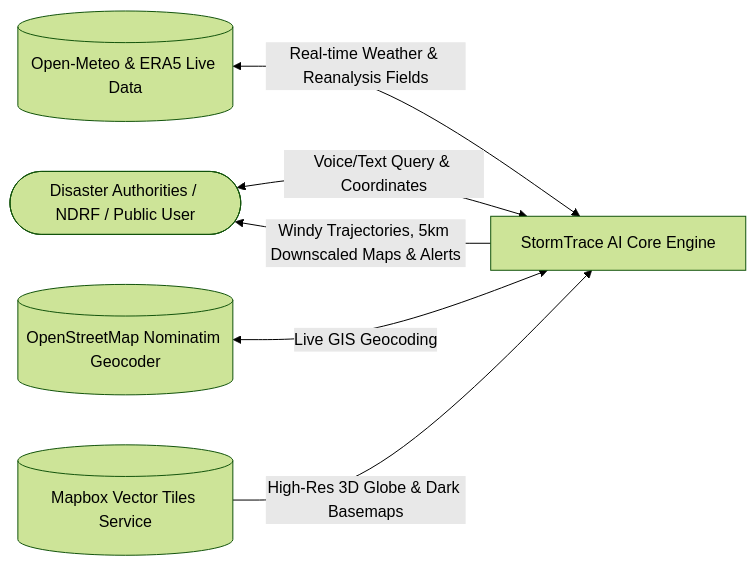
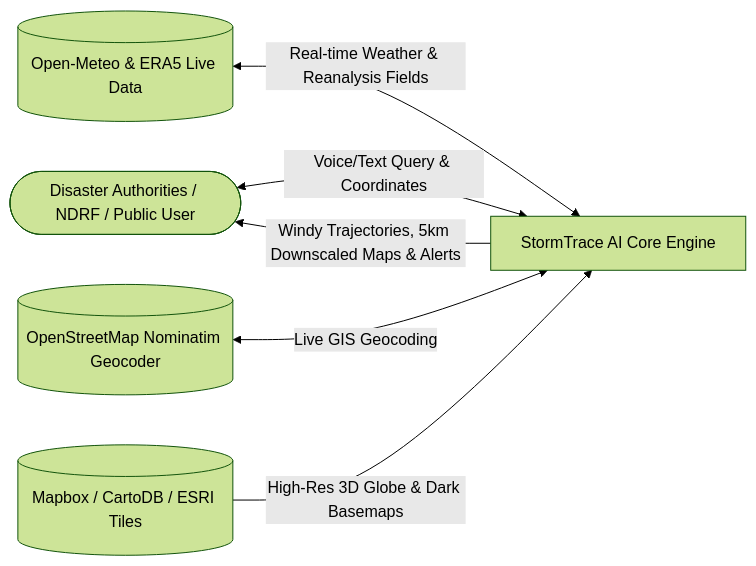
The second of 4 diagrams in README.md (Alokzhan/weatherSIH), drawn with Mermaid (forest theme) before and after one commit. The commit also changed other lines of this file and 1 other file, not shown here.

Commit message:
feat: update README with mobile features & fix CycloneTracker map tiles with free fallbacks (CartoDB/ESRI/OSM)

````diff
--- a/README.md
+++ b/README.md
@@ -261,8 +295,8 @@
 ```mermaid
 flowchart LR
     User([Disaster Authorities / NDRF / Public User]) <-->|Voice/Text Query & Coordinates| StormTrace[StormTrace AI Core Engine]
     OpenMeteo[(Open-Meteo & ERA5 Live Data)] <-->|Real-time Weather & Reanalysis Fields| StormTrace
     Nominatim[(OpenStreetMap Nominatim Geocoder)] <-->|Live GIS Geocoding| StormTrace
-    Mapbox[(Mapbox Vector Tiles Service)] -->|High-Res 3D Globe & Dark Basemaps| StormTrace
+    Mapbox[(Mapbox / CartoDB / ESRI Tiles)] -->|High-Res 3D Globe & Dark Basemaps| StormTrace
     StormTrace -->|Windy Trajectories, 5km Downscaled Maps & Alerts| User
 ```
````
